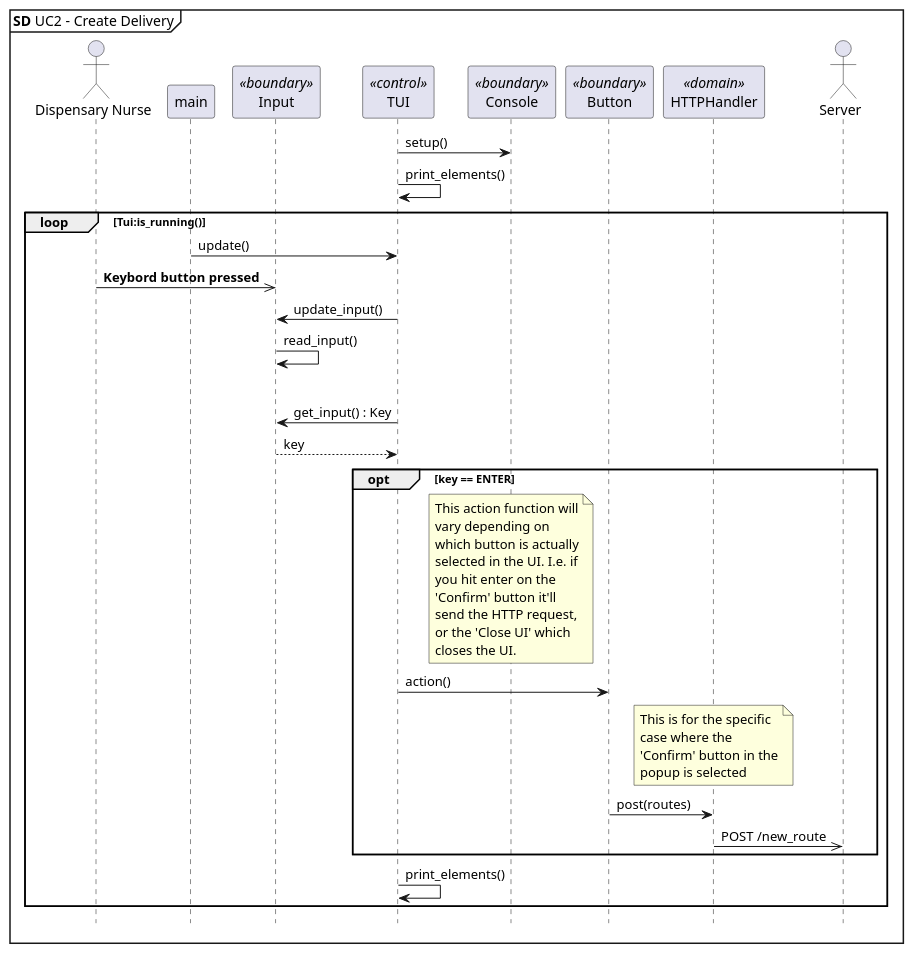
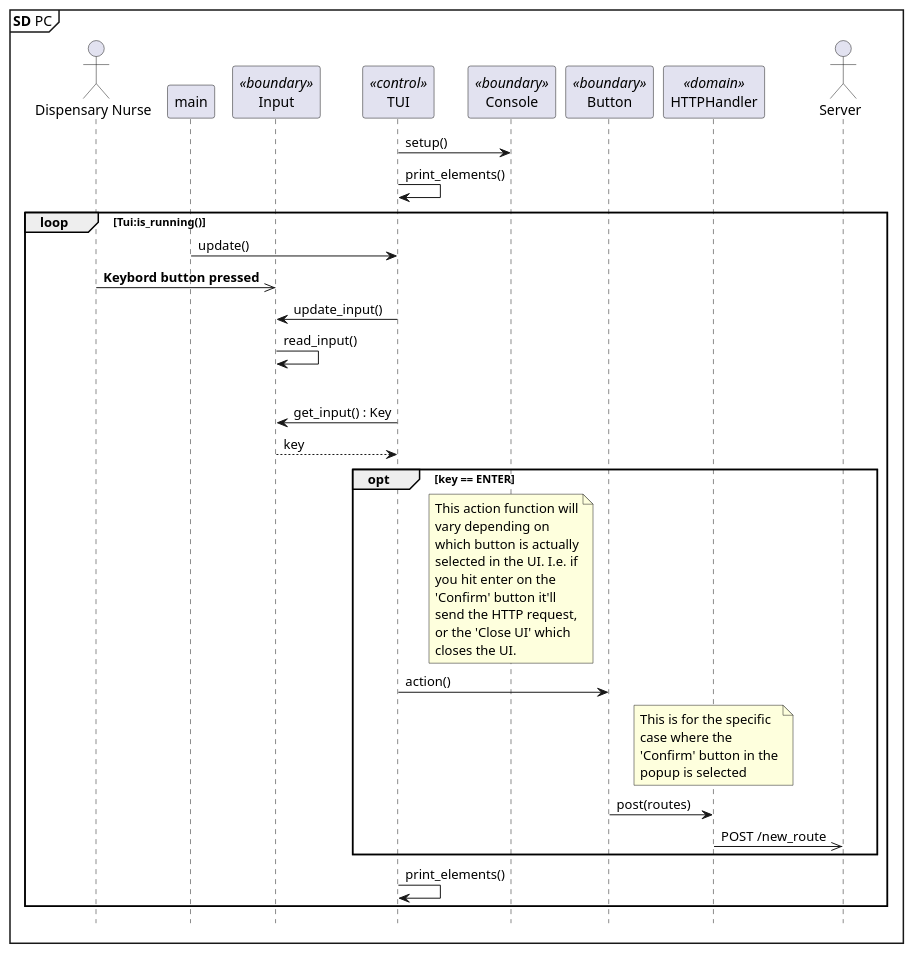
The diagram in docs/diagrams/Plantuml/apModel/uc2sd-pc.puml (lineklemensen/PRJ3), drawn with PlantUML before and after one commit. The commit also changed 6 other files, not shown here.

```diff
--- a/docs/diagrams/Plantuml/apModel/uc2sd-pc.puml
+++ b/docs/diagrams/Plantuml/apModel/uc2sd-pc.puml
@@ -1,51 +1,51 @@
 @startuml SD UC2 - Create Delivery - PC
 
 <style>
 note {
   MaximumWidth 150
 }
 </style>
 
-mainframe **SD** UC2 - Create Delivery
+mainframe **SD** PC
 hide footbox
 
 actor "Dispensary Nurse" as dn
 participant main as main
 participant "Input" as in <<boundary>>
 participant "TUI" as tui <<control>>
 participant "Console" as cs <<boundary>>
 participant "Button" as b <<boundary>>
 'participant "TextElement" as te <<boundary>>
 'participant "StatefulButton" as sb <<boundary>>
 participant "HTTPHandler" as http <<domain>>
 actor "Server" as srv
 
 
 tui -> cs : setup()
 
 tui -> tui: print_elements()
 
 loop Tui:is_running()
 
   main -> tui : update()
   dn ->> in : **Keybord button pressed**
   tui -> in : update_input()
   in -> in : read_input()
   'extra hidden arrow for plantuml aligment
   in -[hidden]-> in
   tui -> in : get_input() : Key
   in --> tui : key
   opt key == ENTER
     note over cs : This action function will vary depending on which button is actually selected in the UI. I.e. if you hit enter on the 'Confirm' button it'll send the HTTP request, or the 'Close UI' which closes the UI.
     tui -> b : action()
 
     note over http : This is for the specific case where the 'Confirm' button in the popup is selected
 
     b -> http : post(routes)
     http ->> srv : POST /new_route
 
   end
   tui -> tui : print_elements()
 end
 
 @enduml
```
